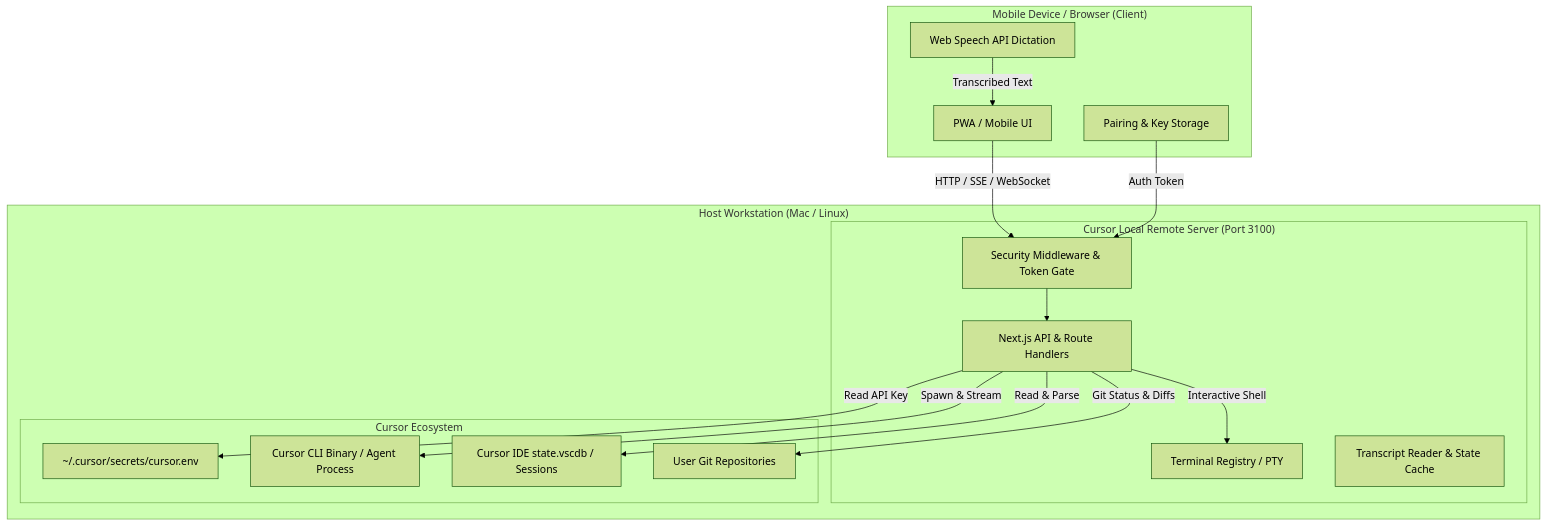
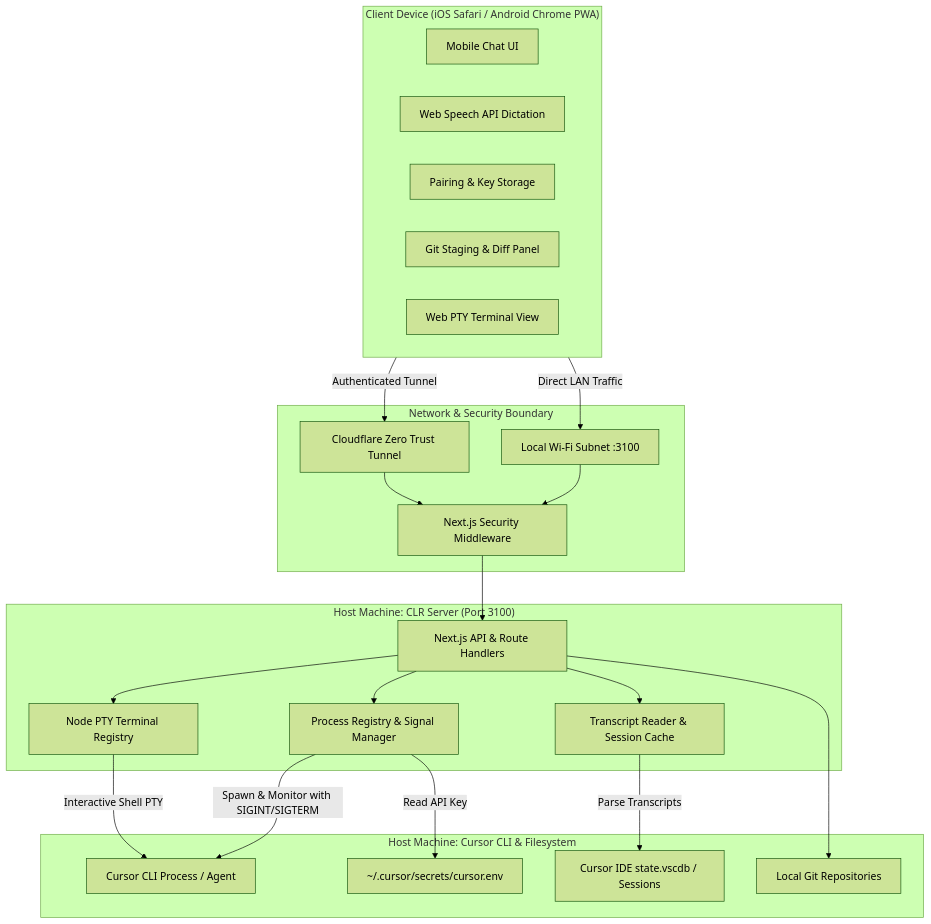
One commit to rawshn97/cursor-local-remote changed the first of 2 diagrams in docs/PRD_AND_ARCHITECTURE_SPEC.md. Above: the diagram before and after it, drawn with Mermaid (forest theme). The commit also changed other lines of this file, not shown here.

````diff
--- a/docs/PRD_AND_ARCHITECTURE_SPEC.md
+++ b/docs/PRD_AND_ARCHITECTURE_SPEC.md
@@ -39,34 +52,46 @@
 ```mermaid
 flowchart TD
-    subgraph MobileDevice ["Mobile Device / Browser (Client)"]
-        PWA[PWA / Mobile UI]
+    subgraph Client ["Client Device (iOS Safari / Android Chrome PWA)"]
+        PWA[Mobile Chat UI]
         Voice[Web Speech API Dictation]
         QRModal[Pairing & Key Storage]
+        GitUI[Git Staging & Diff Panel]
+        TermUI[Web PTY Terminal View]
     end
 
-    subgraph HostMachine ["Host Workstation (Mac / Linux)"]
-        subgraph CLRServer ["Cursor Local Remote Server (Port 3100)"]
-            Middleware[Security Middleware & Token Gate]
-            NextAPI[Next.js API & Route Handlers]
-            PtyManager[Terminal Registry / PTY]
-            SessionReader[Transcript Reader & State Cache]
-        end
-
-        subgraph LocalCursor ["Cursor Ecosystem"]
-            CursorEnv[~/.cursor/secrets/cursor.env]
-            CursorCLI[Cursor CLI Binary / Agent Process]
-            VscdbState[Cursor IDE state.vscdb / Sessions]
-            LocalRepos[User Git Repositories]
-        end
+    subgraph SecurityGate ["Network & Security Boundary"]
+        LAN[Local Wi-Fi Subnet :3100]
+        Tunnel[Cloudflare Zero Trust Tunnel]
+        Middleware[Next.js Security Middleware]
     end
 
-    PWA -->|HTTP / SSE / WebSocket| Middleware
-    Voice -->|Transcribed Text| PWA
-    QRModal -->|Auth Token| Middleware
+    subgraph Server ["Host Machine: CLR Server (Port 3100)"]
+        NextAPI[Next.js API & Route Handlers]
+        ProcReg[Process Registry & Signal Manager]
+        PtyMgr[Node PTY Terminal Registry]
+        Store[Transcript Reader & Session Cache]
+    end
+
+    subgraph HostCursor ["Host Machine: Cursor CLI & Filesystem"]
+        CLI[Cursor CLI Process / Agent]
+        Secrets[~/.cursor/secrets/cursor.env]
+        VSCDb[Cursor IDE state.vscdb / Sessions]
+        Git[Local Git Repositories]
+    end
+
+    Client -->|Direct LAN Traffic| LAN
+    Client -->|Authenticated Tunnel| Tunnel
+    LAN --> Middleware
+    Tunnel --> Middleware
     Middleware --> NextAPI
-    NextAPI -->|Spawn & Stream| CursorCLI
-    NextAPI -->|Read & Parse| VscdbState
-    NextAPI -->|Git Status & Diffs| LocalRepos
-    NextAPI -->|Read API Key| CursorEnv
-    NextAPI -->|Interactive Shell| PtyManager
+
+    NextAPI --> ProcReg
+    NextAPI --> PtyMgr
+    NextAPI --> Store
+    NextAPI --> Git
+
+    ProcReg -->|Spawn & Monitor with SIGINT/SIGTERM| CLI
+    ProcReg -->|Read API Key| Secrets
+    Store -->|Parse Transcripts| VSCDb
+    PtyMgr -->|Interactive Shell PTY| CLI
 ```
````
